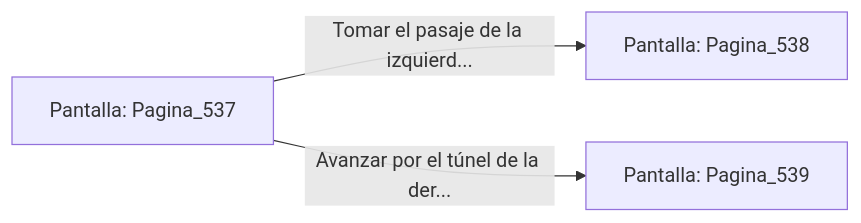
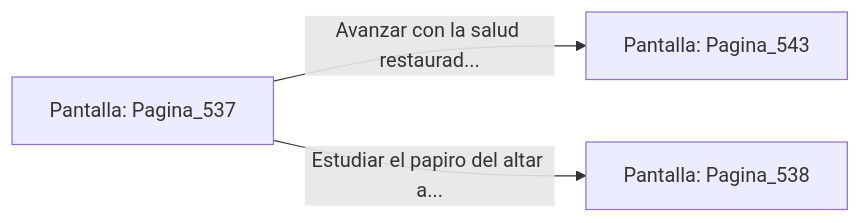
The diagram in sample/eligejuego-vault/Pantalla_Pagina_537.md (metsuke/mpl), drawn with Mermaid before and after one commit. The commit also changed other lines of this file and 635 other files, not shown here.

First line of the commit message:
fix: añadir Pagina_1 como pantalla inicial en capitulo_01.mpl

````diff
--- a/sample/eligejuego-vault/Pantalla_Pagina_537.md
+++ b/sample/eligejuego-vault/Pantalla_Pagina_537.md
@@ -20,6 +24,6 @@
 ```mermaid
 graph LR
     P_Pagina_537["Pantalla: Pagina_537"]
-    P_Pagina_537 -->|"Tomar el pasaje de la izquierd..."| P_Pagina_538["Pantalla: Pagina_538"]
-    P_Pagina_537 -->|"Avanzar por el túnel de la der..."| P_Pagina_539["Pantalla: Pagina_539"]
+    P_Pagina_537 -->|"Avanzar con la salud restaurad..."| P_Pagina_543["Pantalla: Pagina_543"]
+    P_Pagina_537 -->|"Estudiar el papiro del altar a..."| P_Pagina_538["Pantalla: Pagina_538"]
 ```
````
